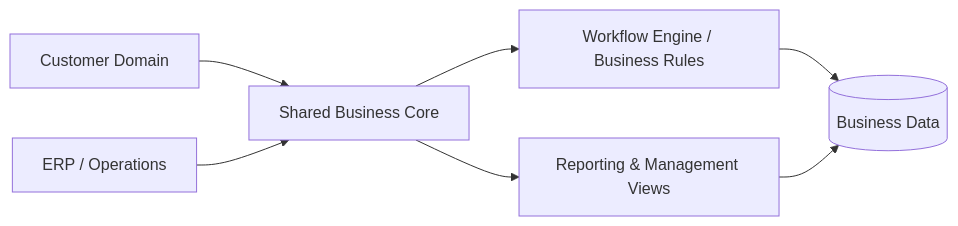
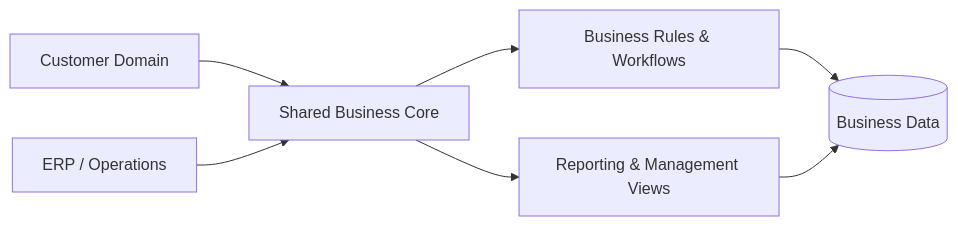
One commit to tahakubilay/enterprise-crm-erp changed the diagram in README.md. Above: the diagram before and after it, drawn with Mermaid. The commit also changed other lines of this file, not shown here.

````diff
--- a/README.md
+++ b/README.md
@@ -61,9 +42,9 @@
 ```mermaid
 flowchart LR
-    CUSTOMER[Customer Domain] --> CORE[Shared Business Core]
-    OPERATIONS[ERP / Operations] --> CORE
-    CORE --> WORKFLOW[Workflow Engine / Business Rules]
+    CRM[Customer Domain] --> CORE[Shared Business Core]
+    ERP[ERP / Operations] --> CORE
+    CORE --> RULES[Business Rules & Workflows]
     CORE --> REPORTS[Reporting & Management Views]
-    WORKFLOW --> DATA[(Business Data)]
+    RULES --> DATA[(Business Data)]
     REPORTS --> DATA
 ```
````
